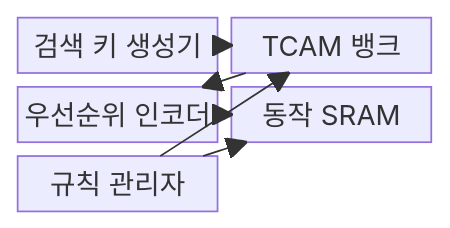
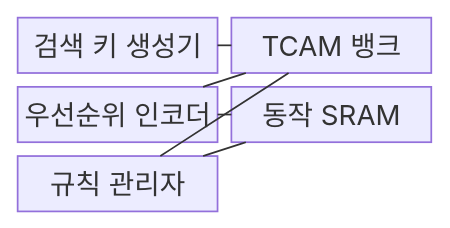
Before and after one commit to agnusdei1207/knowledge-base: the first of 2 diagrams in src/content/docs/notes/04-network/075_tcam.md, drawn with Mermaid. The commit also changed other lines of this file and 493 other files, not shown here.

````diff
--- a/src/content/docs/notes/04-network/075_tcam.md
+++ b/src/content/docs/notes/04-network/075_tcam.md
@@ -65,14 +65,14 @@
 ```mermaid
 block-beta
     columns 2
     A["검색 키 생성기"]
     B["TCAM 뱅크"]
     C["우선순위 인코더"]
     D["동작 SRAM"]
     E["규칙 관리자"]
-    A --> B
-    B --> C
-    C --> D
-    E --> B
-    E --> D
+    A --- B
+    B --- C
+    C --- D
+    E --- B
+    E --- D
 ```
````
